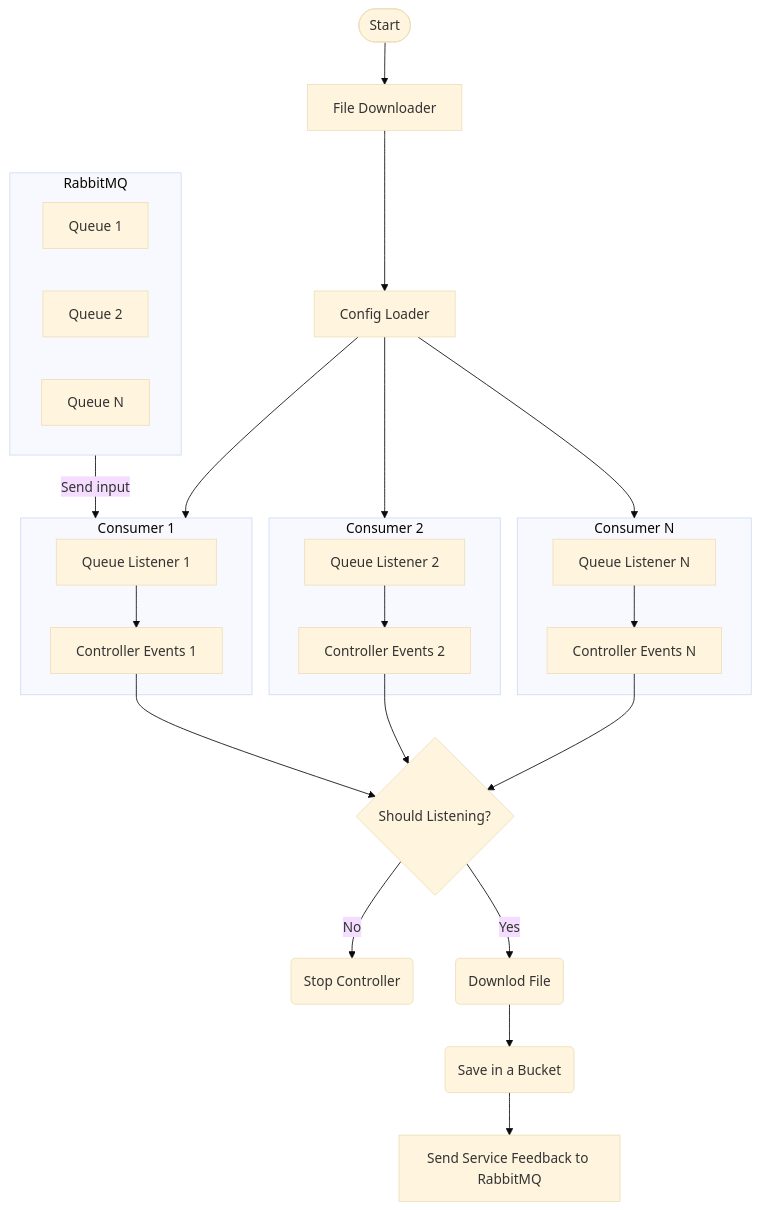
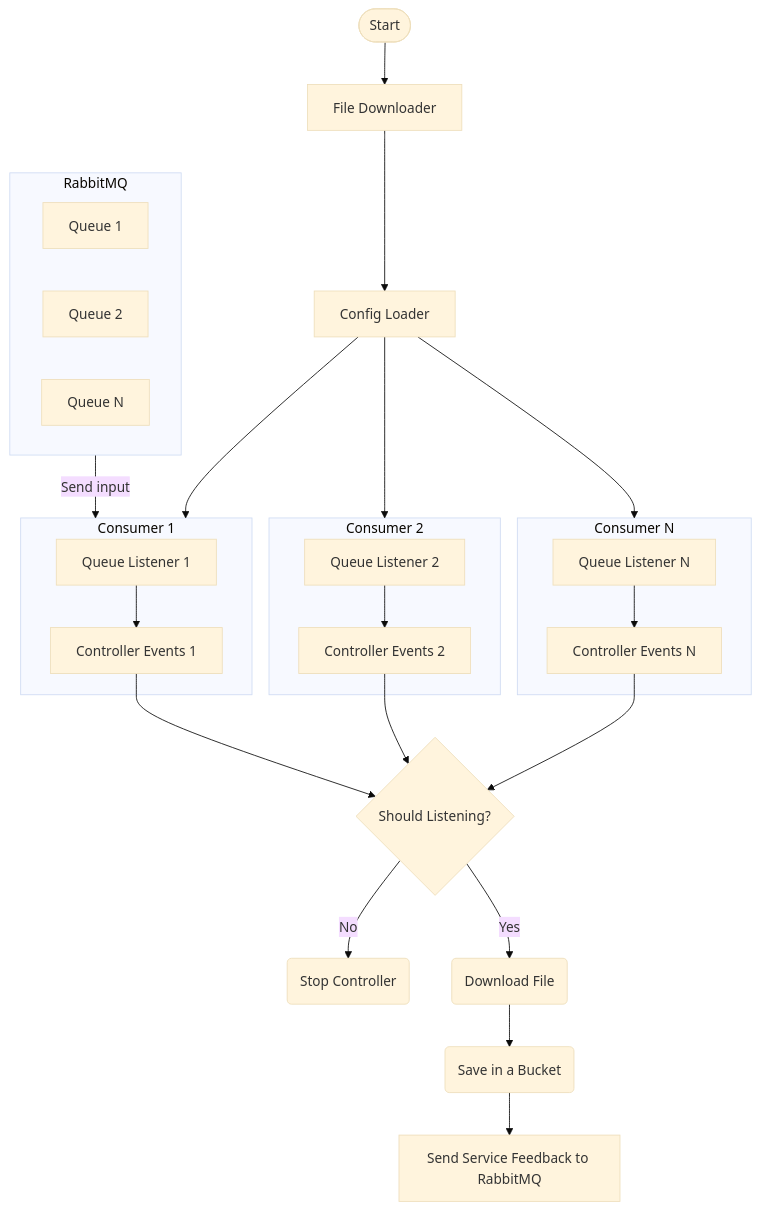
Before and after one commit to FabioCaffarello/nx-events-lake: the diagram in apps/services-raw-layer/file-downloader/docs/diagram/diagram.md, drawn with Mermaid (base theme). The commit also changed 5 other files, not shown here.

````diff
--- a/apps/services-raw-layer/file-downloader/docs/diagram/diagram.md
+++ b/apps/services-raw-layer/file-downloader/docs/diagram/diagram.md
@@ -1,46 +1,46 @@
 ```mermaid
 flowchart TB
  A([Start]) --> Service[File Downloader]
  Service --> Config_Loader[Config Loader]
 
  subgraph Consumer_1[Consumer 1]
     Queue_Listener_1[Queue Listener 1]
     Controller_Events_1[Controller Events 1]
  end
  subgraph Consumer_2[Consumer 2]
     Queue_Listener_2[Queue Listener 2]
     Controller_Events_2[Controller Events 2]
  end
  subgraph Consumer_N[Consumer N]
     Queue_Listener_N[Queue Listener N]
     Controller_Events_N[Controller Events N]
  end
 
  subgraph RabbitMQ[RabbitMQ]
     Queue_1[Queue 1]
     Queue_2[Queue 2]
     Queue_N[Queue N]
  end
 
 Config_Loader --> Consumer_1
 Config_Loader --> Consumer_2
 Config_Loader --> Consumer_N
 
 RabbitMQ --> |Send input|Consumer_1
 
 Queue_Listener_1 --> Controller_Events_1
 Queue_Listener_2 --> Controller_Events_2
 Queue_Listener_N --> Controller_Events_N
 
 Controller_Events_1 --> Should_Listening{Should Listening?}
 Controller_Events_2 --> Should_Listening{Should Listening?}
 Controller_Events_N --> Should_Listening{Should Listening?}
 
 Should_Listening --> |No|Stop_Controller(Stop Controller)
-Should_Listening --> |Yes|Run_Job(Downlod File)
+Should_Listening --> |Yes|Run_Job(Download File)
 
 Run_Job --> Store(Save in a Bucket)
 
 Store --> Publish_Feedback[Send Service Feedback to RabbitMQ]
 
 ```
````
